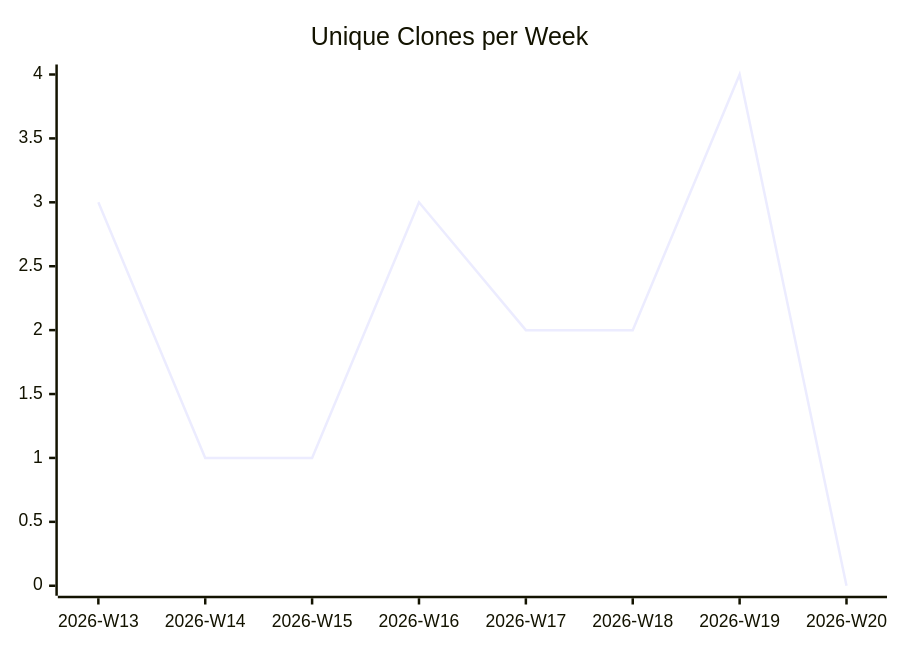
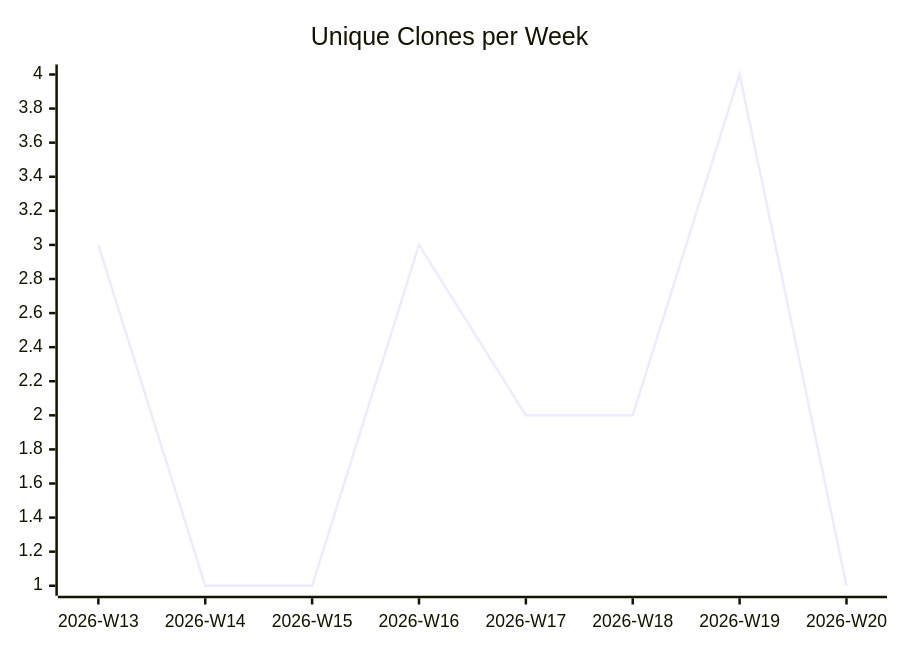
The third of 3 diagrams in karlmdavis/perfect-note/README.md (justdavis-family/github-analytics-data), drawn with Mermaid before and after one commit. The commit also changed other lines of this file and 192 other files, not shown here.

````diff
--- a/karlmdavis/perfect-note/README.md
+++ b/karlmdavis/perfect-note/README.md
@@ -19,6 +19,6 @@
 ```mermaid
 xychart-beta
   title "Unique Clones per Week"
   x-axis ["2026-W13", "2026-W14", "2026-W15", "2026-W16", "2026-W17", "2026-W18", "2026-W19", "2026-W20"]
-  line [3, 1, 1, 3, 2, 2, 4, 0]
+  line [3, 1, 1, 3, 2, 2, 4, 1]
 ```
````
